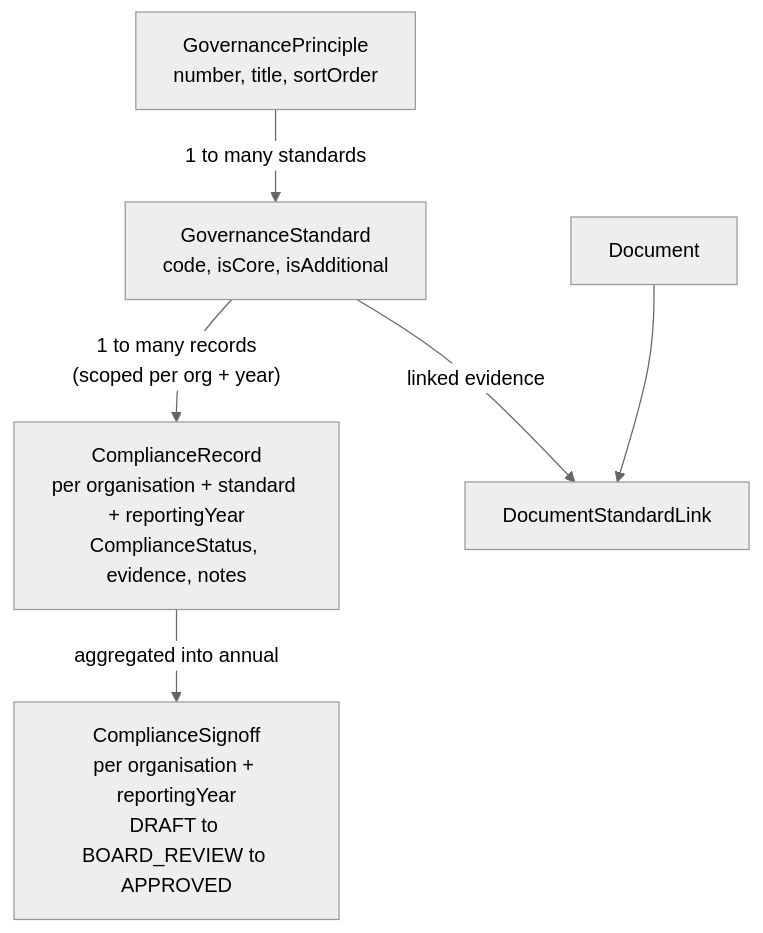
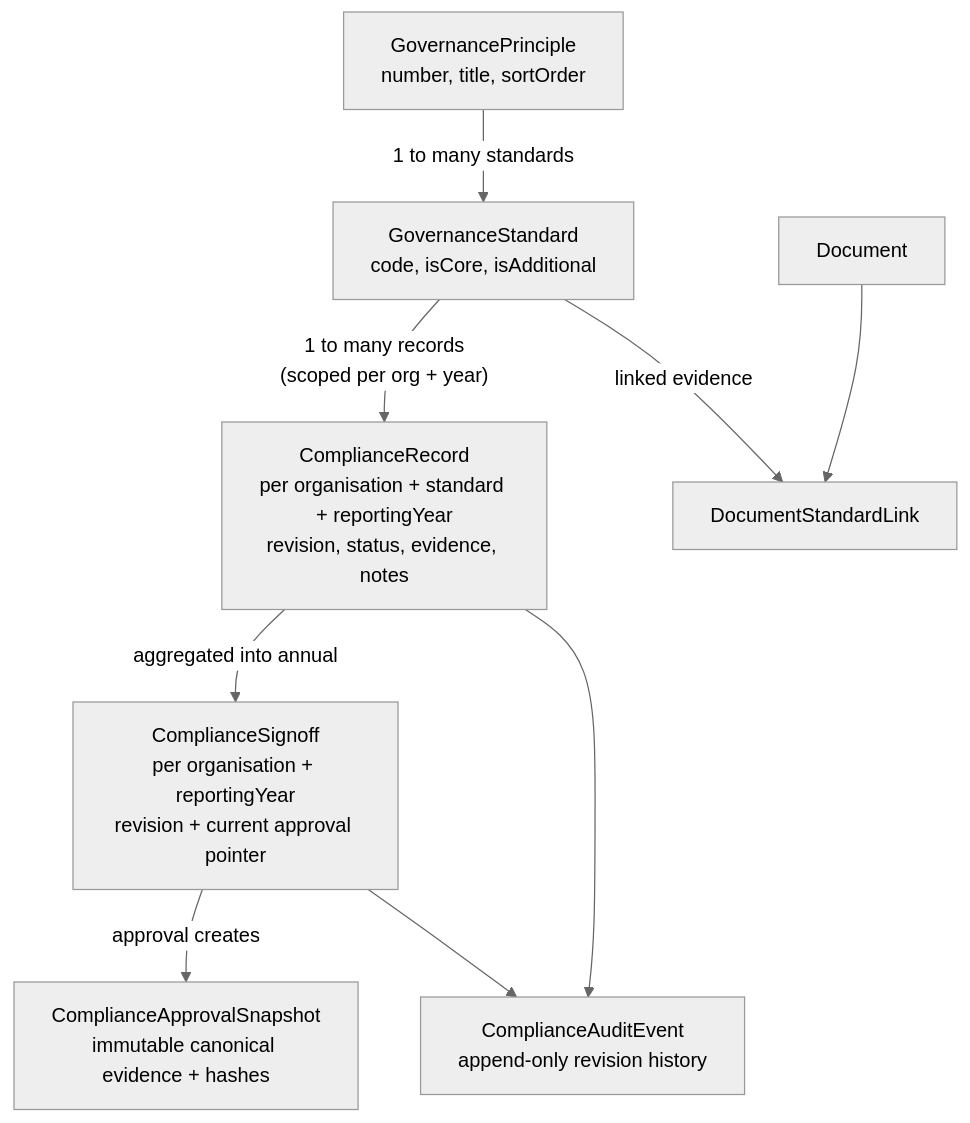
One commit to jasperfordesq-ai/charity-governance changed the first of 3 diagrams in docs/architecture/08-governance-domain.md. Above: the diagram before and after it, drawn with Mermaid (neutral theme). The commit also changed other lines of this file and 51 other files, not shown here.

Commit message:
fix: preserve compliance approval integrity

````diff
--- a/docs/architecture/08-governance-domain.md
+++ b/docs/architecture/08-governance-domain.md
@@ -60,15 +60,20 @@
 ```mermaid
 flowchart TD
   P["GovernancePrinciple<br/>number, title, sortOrder"]
   S["GovernanceStandard<br/>code, isCore, isAdditional"]
-  CR["ComplianceRecord<br/>per organisation + standard + reportingYear<br/>ComplianceStatus, evidence, notes"]
-  CS["ComplianceSignoff<br/>per organisation + reportingYear<br/>DRAFT to BOARD_REVIEW to APPROVED"]
+  CR["ComplianceRecord<br/>per organisation + standard + reportingYear<br/>revision, status, evidence, notes"]
+  CS["ComplianceSignoff<br/>per organisation + reportingYear<br/>revision + current approval pointer"]
+  SNAP["ComplianceApprovalSnapshot<br/>immutable canonical evidence + hashes"]
+  AUDIT["ComplianceAuditEvent<br/>append-only revision history"]
   DOC["Document"]
   DSL["DocumentStandardLink"]
 
   P -->|"1 to many standards"| S
   S -->|"1 to many records<br/>(scoped per org + year)"| CR
   CR -->|"aggregated into annual"| CS
+  CS -->|"approval creates"| SNAP
+  CR --> AUDIT
+  CS --> AUDIT
   S -->|"linked evidence"| DSL
   DOC --> DSL
 ```
````
